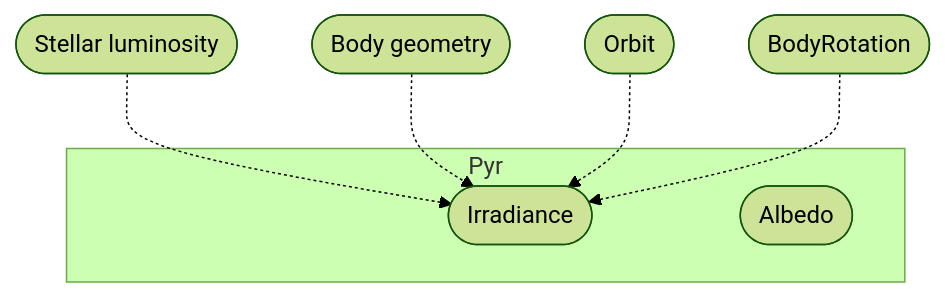
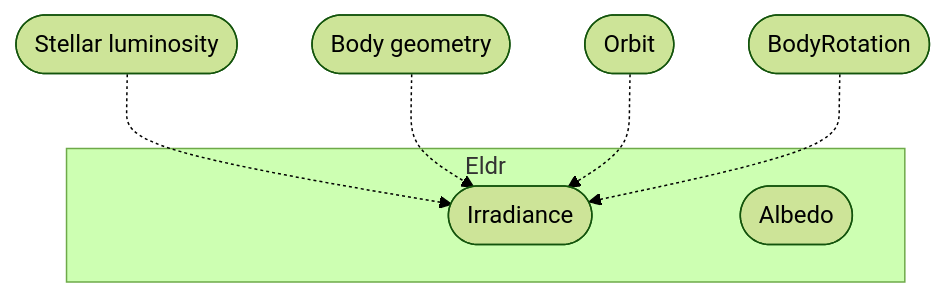
The second of 8 diagrams in docs/concerns.adoc (lagardej/mimameithr), drawn with Mermaid (forest theme) before and after one commit. The commit also changed other lines of this file and 3 other files, not shown here.

```diff
--- a/docs/concerns.adoc
+++ b/docs/concerns.adoc
@@ -116,18 +116,18 @@
 [mermaid]
 ....
 flowchart TB
-    subgraph Pyr
+    subgraph Eldr
         Irradiance([Irradiance])
         Albedo([Albedo])
     end
 
     StellarLuminosity([Stellar luminosity])
     BodyGeometry([Body geometry])
     Orbit([Orbit])
     BodyRotation([BodyRotation])
 
     StellarLuminosity -.-> Irradiance
     BodyGeometry -.-> Irradiance
     Orbit -.-> Irradiance
     BodyRotation -.-> Irradiance
 ....
```
